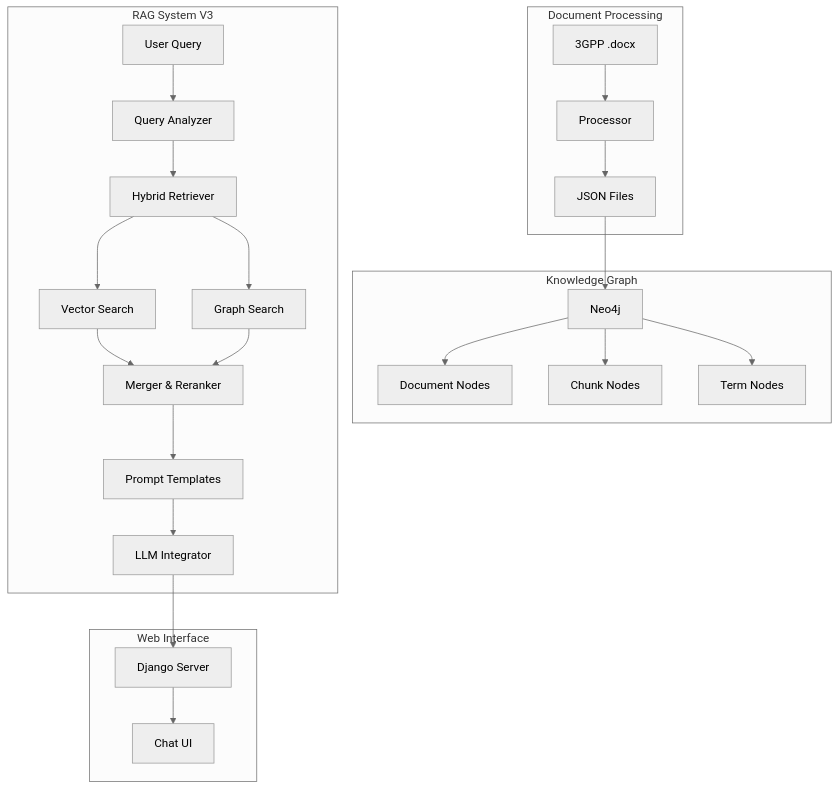
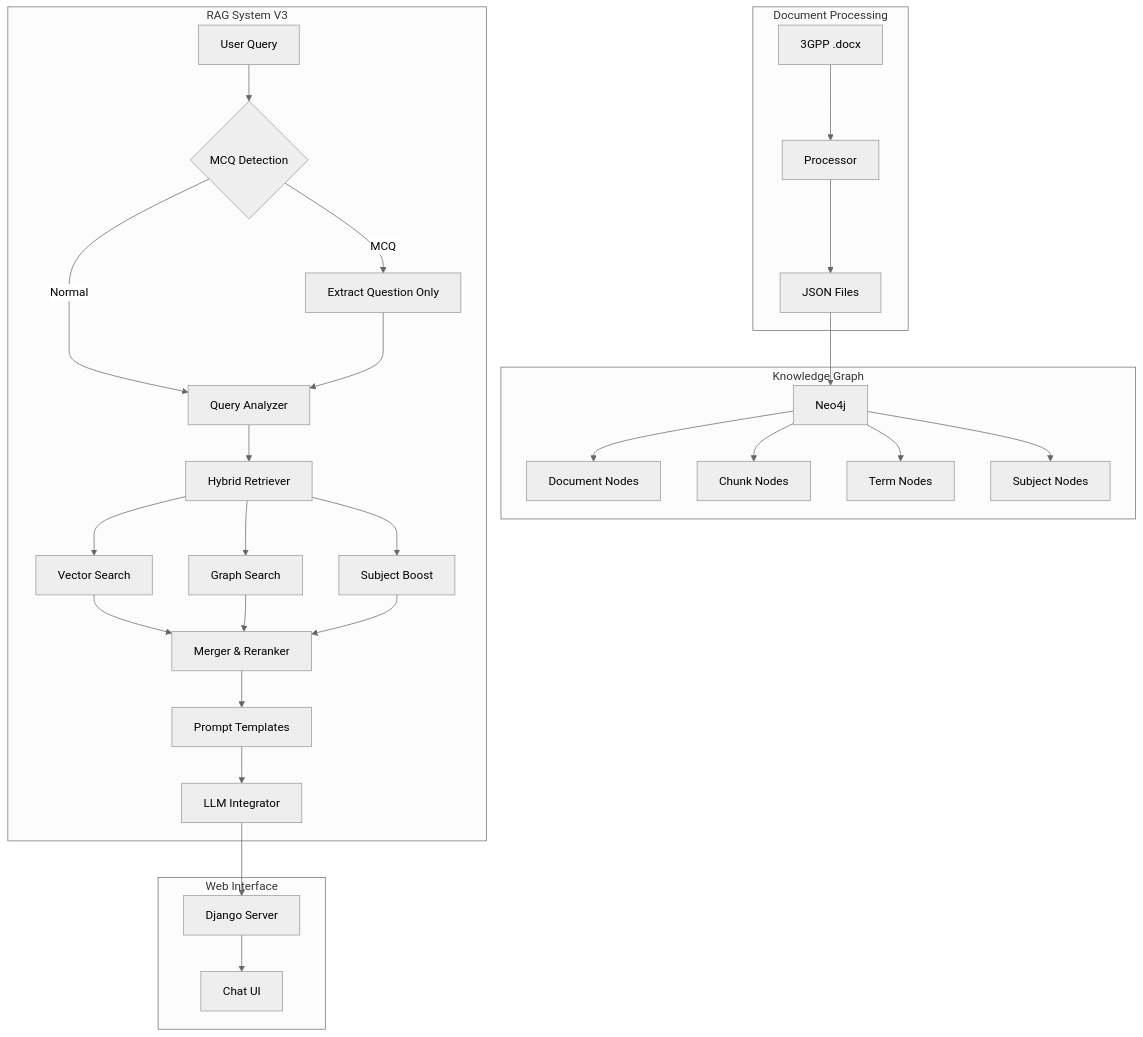
Before and after one commit to nhatlinh041/chatbot_RAG_3GPP: the diagram in README.md, drawn with Mermaid (neutral theme). The commit also changed other lines of this file and 47 other files, not shown here.

````diff
--- a/README.md
+++ b/README.md
@@ -21,30 +35,36 @@
 ```mermaid
 graph TB
     subgraph "Document Processing"
         D[3GPP .docx] --> P[Processor]
         P --> J[JSON Files]
     end
 
     subgraph "Knowledge Graph"
         J --> KG[Neo4j]
         KG --> DOC[Document Nodes]
         KG --> CHK[Chunk Nodes]
         KG --> TRM[Term Nodes]
+        KG --> SUB[Subject Nodes]
     end
 
     subgraph "RAG System V3"
-        Q[User Query] --> QA[Query Analyzer]
+        Q[User Query] --> MCQ{MCQ Detection}
+        MCQ -->|MCQ| MCQE[Extract Question Only]
+        MCQ -->|Normal| QA[Query Analyzer]
+        MCQE --> QA
         QA --> HR[Hybrid Retriever]
         HR --> VS[Vector Search]
         HR --> GS[Graph Search]
+        HR --> SB[Subject Boost]
         VS --> MRG[Merger & Reranker]
         GS --> MRG
+        SB --> MRG
         MRG --> PT[Prompt Templates]
         PT --> LLM[LLM Integrator]
     end
 
     subgraph "Web Interface"
         LLM --> DJ[Django Server]
         DJ --> UI[Chat UI]
     end
 ```
````
